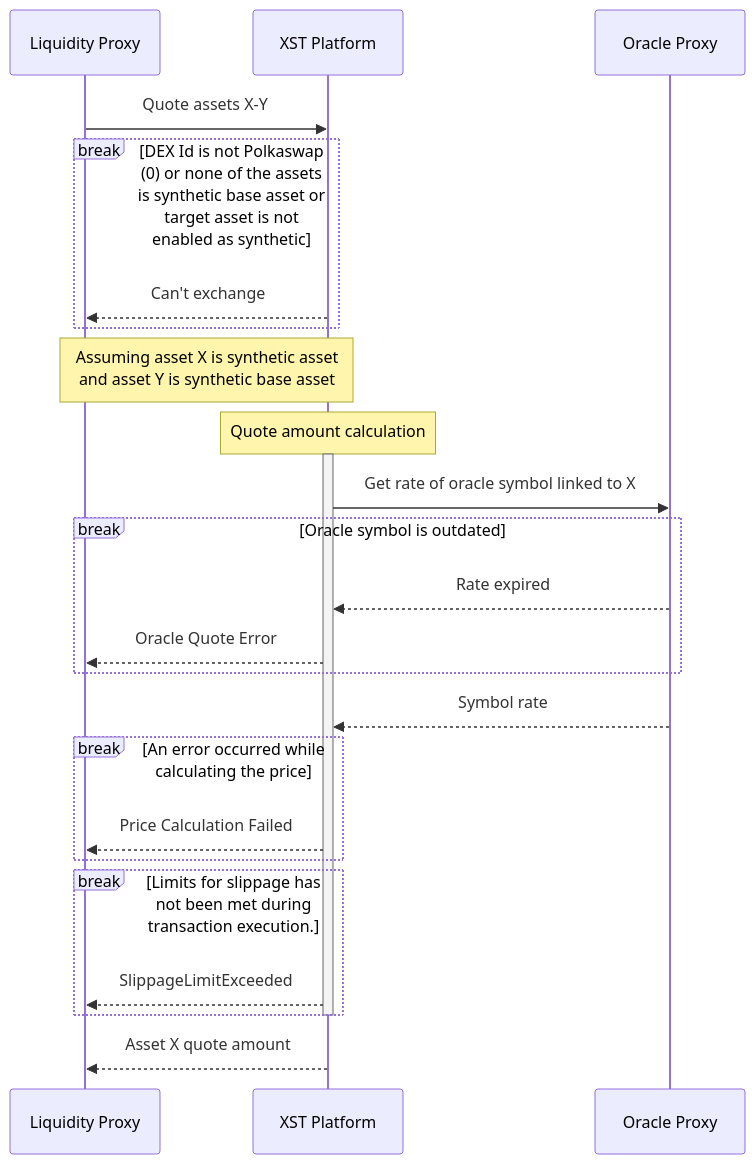
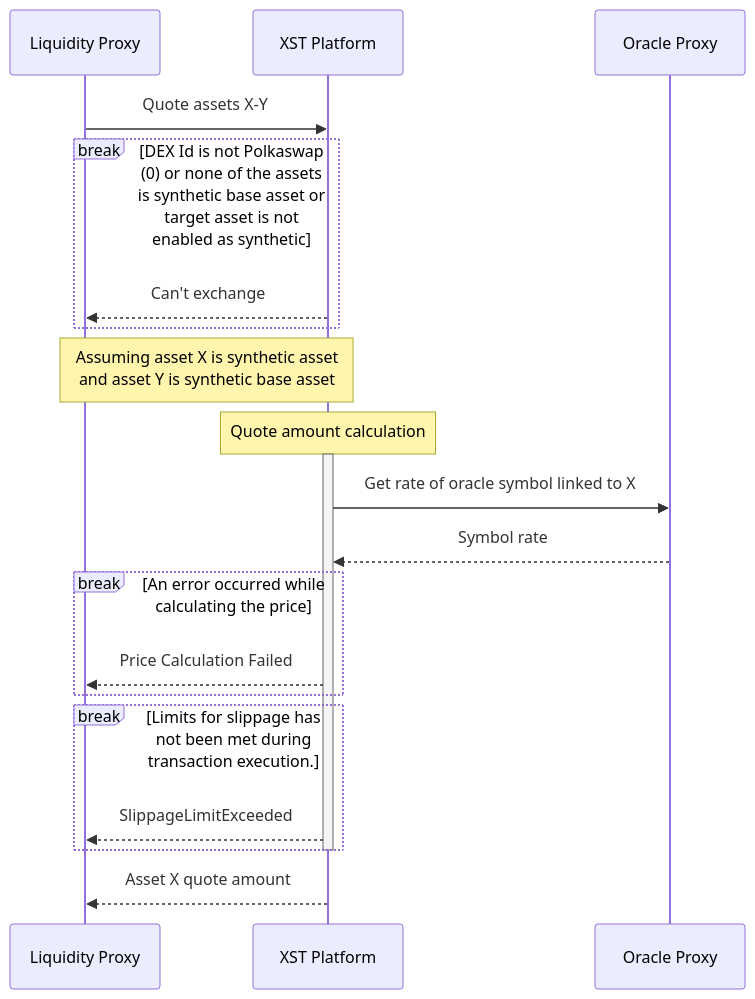
The eighth of 10 diagrams in src/synthetics.md (sora-xor/sora-docs), drawn with Mermaid before and after one commit. The commit also changed other lines of this file, not shown here.

````diff
--- a/src/synthetics.md
+++ b/src/synthetics.md
@@ -210,28 +249,24 @@
 ```mermaid
 sequenceDiagram
     participant L as Liquidity Proxy
     participant X as XST Platform
     participant O as Oracle Proxy
     L->>X: Quote assets X-Y
     break DEX Id is not Polkaswap (0) or none of the assets is synthetic base asset or target asset is not enabled as synthetic
         X-->>L: Can't exchange
 
     end
     Note over X,L: Assuming asset X is synthetic asset <br/> and asset Y is synthetic base asset
     Note over X: Quote amount calculation
     activate X
     X->>O: Get rate of oracle symbol linked to X
-    break Oracle symbol is outdated
-        O-->>X: Rate expired
-        X-->>L: Oracle Quote Error
-    end
     O-->>X: Symbol rate
     break An error occurred while calculating the price
         X-->>L: Price Calculation Failed
     end
     break Limits for slippage has not been met during transaction execution.
         X-->>L: SlippageLimitExceeded
     end
     deactivate X
     X-->>L: Asset X quote amount
 ```
````
